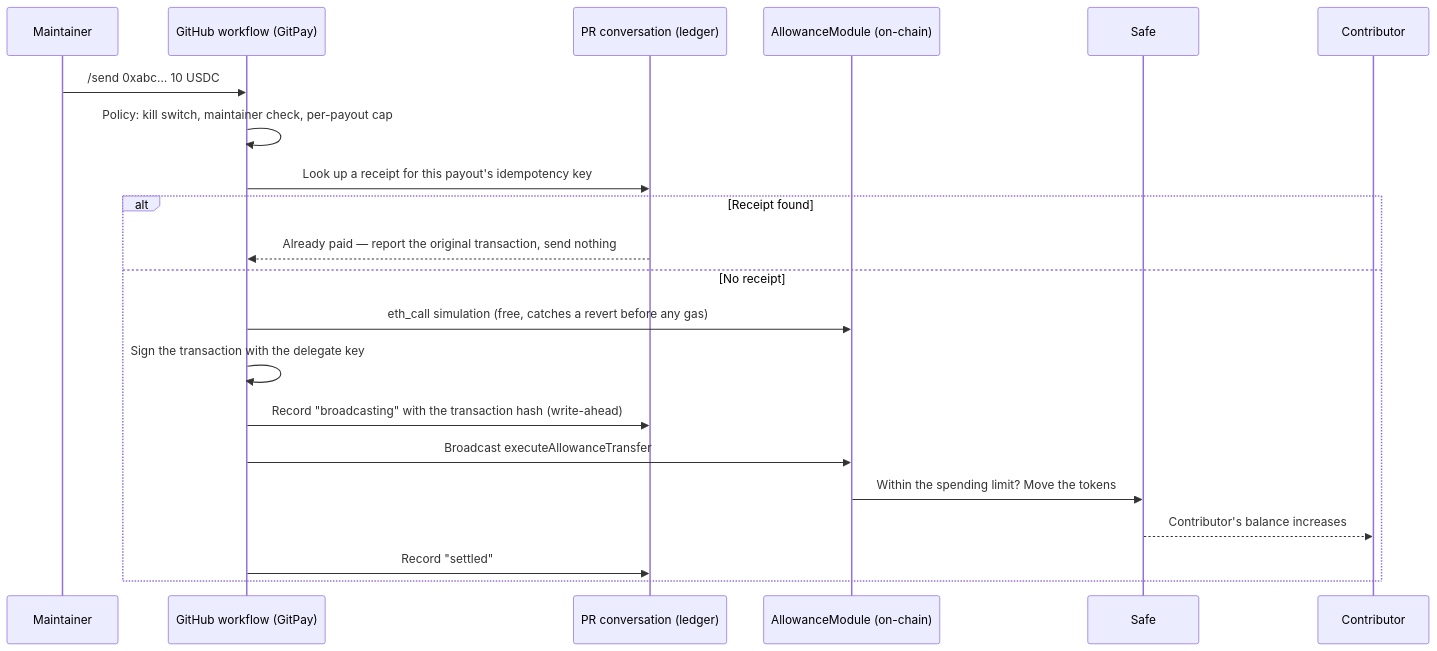
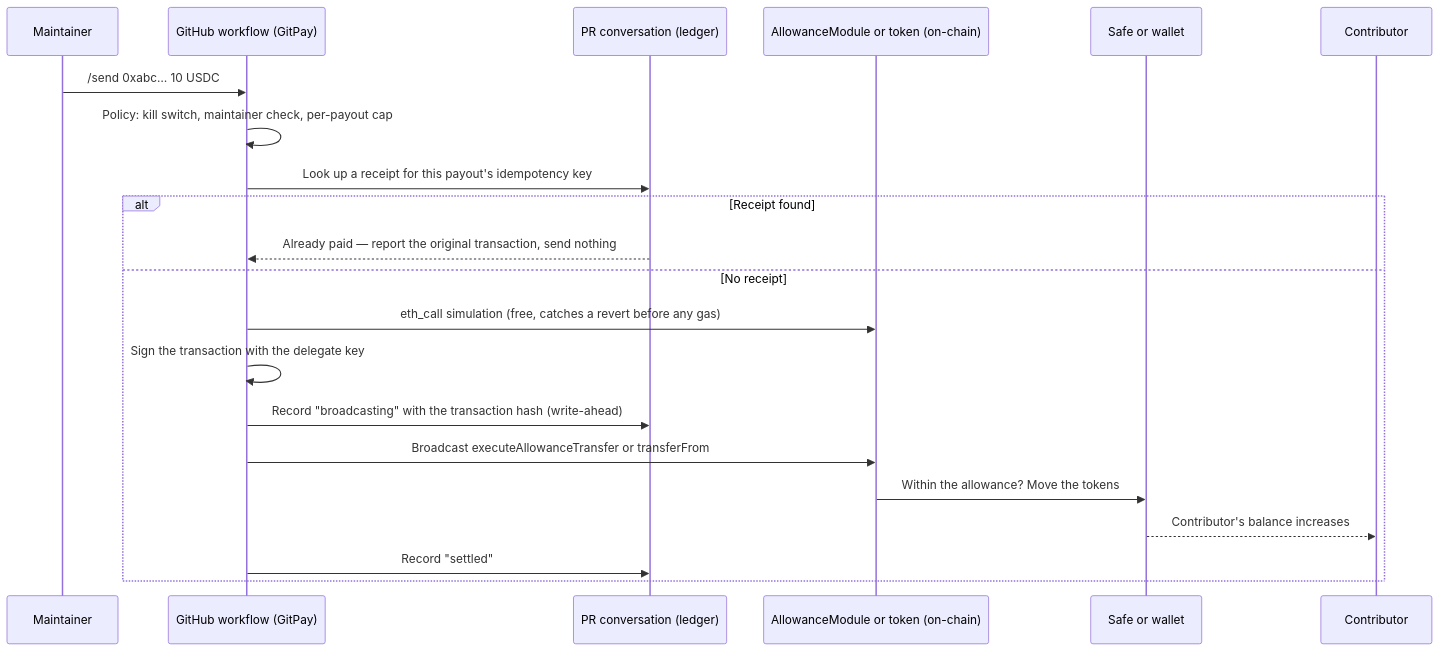
Before and after one commit to StabilityNexus/GitPay: the second of 2 diagrams in SETTLEMENT-FLOW.md, drawn with Mermaid. The commit also changed other lines of this file and 4 other files, not shown here.

````diff
--- a/SETTLEMENT-FLOW.md
+++ b/SETTLEMENT-FLOW.md
@@ -61,24 +97,24 @@
 ```mermaid
 sequenceDiagram
     participant M as Maintainer
     participant W as GitHub workflow (GitPay)
     participant P as PR conversation (ledger)
-    participant A as AllowanceModule (on-chain)
-    participant S as Safe
+    participant X as AllowanceModule or token (on-chain)
+    participant F as Safe or wallet
     participant C as Contributor
 
     M->>W: /send 0xabc… 10 USDC
     W->>W: Policy: kill switch, maintainer check, per-payout cap
     W->>P: Look up a receipt for this payout's idempotency key
     alt Receipt found
         P-->>W: Already paid — report the original transaction, send nothing
     else No receipt
-        W->>A: eth_call simulation (free, catches a revert before any gas)
+        W->>X: eth_call simulation (free, catches a revert before any gas)
         W->>W: Sign the transaction with the delegate key
         W->>P: Record "broadcasting" with the transaction hash (write-ahead)
-        W->>A: Broadcast executeAllowanceTransfer
-        A->>S: Within the spending limit? Move the tokens
-        S-->>C: Contributor's balance increases
+        W->>X: Broadcast executeAllowanceTransfer or transferFrom
+        X->>F: Within the allowance? Move the tokens
+        F-->>C: Contributor's balance increases
         W->>P: Record "settled"
     end
 ```
````
